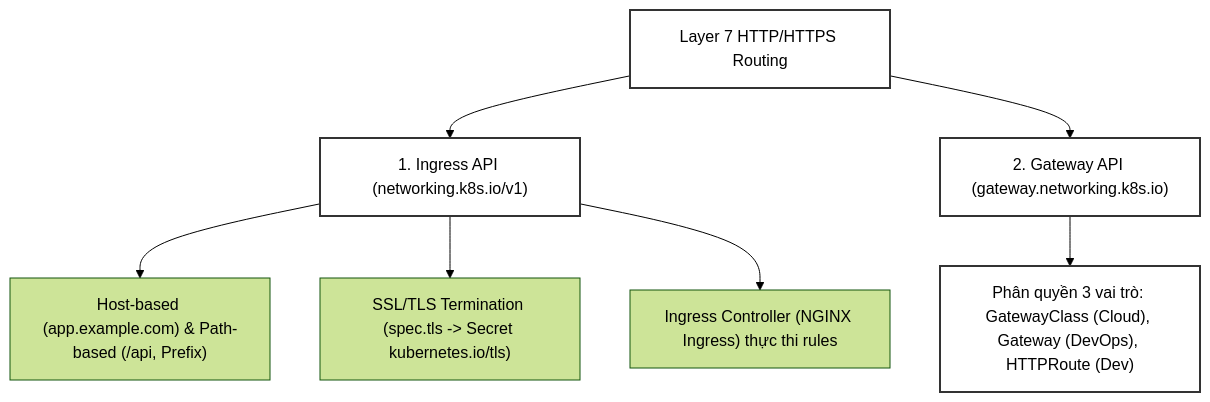
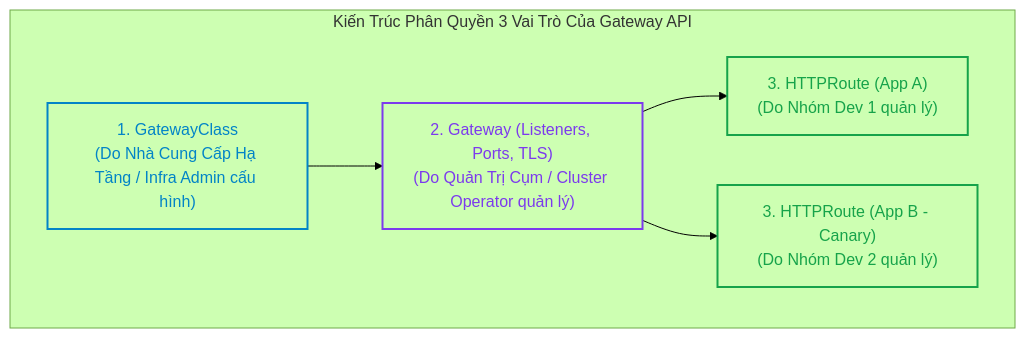
One commit to kiennt308/ntk changed the second of 3 diagrams in _posts/2026-09-12-cka-24-24-ingress-va-gateway-api.md. Above: the diagram before and after it, drawn with Mermaid (forest theme). The commit also changed other lines of this file and 39 other files, not shown here.

````diff
--- a/_posts/2026-09-12-cka-24-24-ingress-va-gateway-api.md
+++ b/_posts/2026-09-12-cka-24-24-ingress-va-gateway-api.md
@@ -401,16 +92,20 @@
 ```mermaid
 graph TD
-    A["Layer 7 HTTP/HTTPS Routing"] --> B["1. Ingress API (networking.k8s.io/v1)"]
-    A --> C["2. Gateway API (gateway.networking.k8s.io)"]
+    subgraph GatewayAPIModel ["Kiến Trúc Phân Quyền 3 Vai Trò Của Gateway API"]
+        GC["1. GatewayClass<br>(Do Nhà Cung Cấp Hạ Tầng / Infra Admin cấu hình)"]
+        GW["2. Gateway (Listeners, Ports, TLS)<br>(Do Quản Trị Cụm / Cluster Operator quản lý)"]
+        HR1["3. HTTPRoute (App A)<br>(Do Nhóm Dev 1 quản lý)"]
+        HR2["3. HTTPRoute (App B - Canary)<br>(Do Nhóm Dev 2 quản lý)"]
+        
+        GC --> GW
+        GW --> HR1
+        GW --> HR2
+    end
 
-    B --> D["Host-based (app.example.com) & Path-based (/api, Prefix)"]
-    B --> E["SSL/TLS Termination (spec.tls -> Secret kubernetes.io/tls)"]
-    B --> F["Ingress Controller (NGINX Ingress) thực thi rules"]
-
-    C --> G["Phân quyền 3 vai trò: GatewayClass (Cloud), Gateway (DevOps), HTTPRoute (Dev)"]
-
-    style A fill:none,stroke:#333,stroke-width:2px
-    style B fill:none,stroke:#333,stroke-width:2px
-    style C fill:none,stroke:#333,stroke-width:2px
-    style G fill:none,stroke:#333,stroke-width:2px
+    classDef gcStyle fill:none,stroke:#0284c7,stroke-width:2px,color:#0284c7;
+    classDef gwStyle fill:none,stroke:#7c3aed,stroke-width:2px,color:#7c3aed;
+    classDef hrStyle fill:none,stroke:#16a34a,stroke-width:2px,color:#16a34a;
+    class GC gcStyle;
+    class GW gwStyle;
+    class HR1,HR2 hrStyle;
 ```
````
